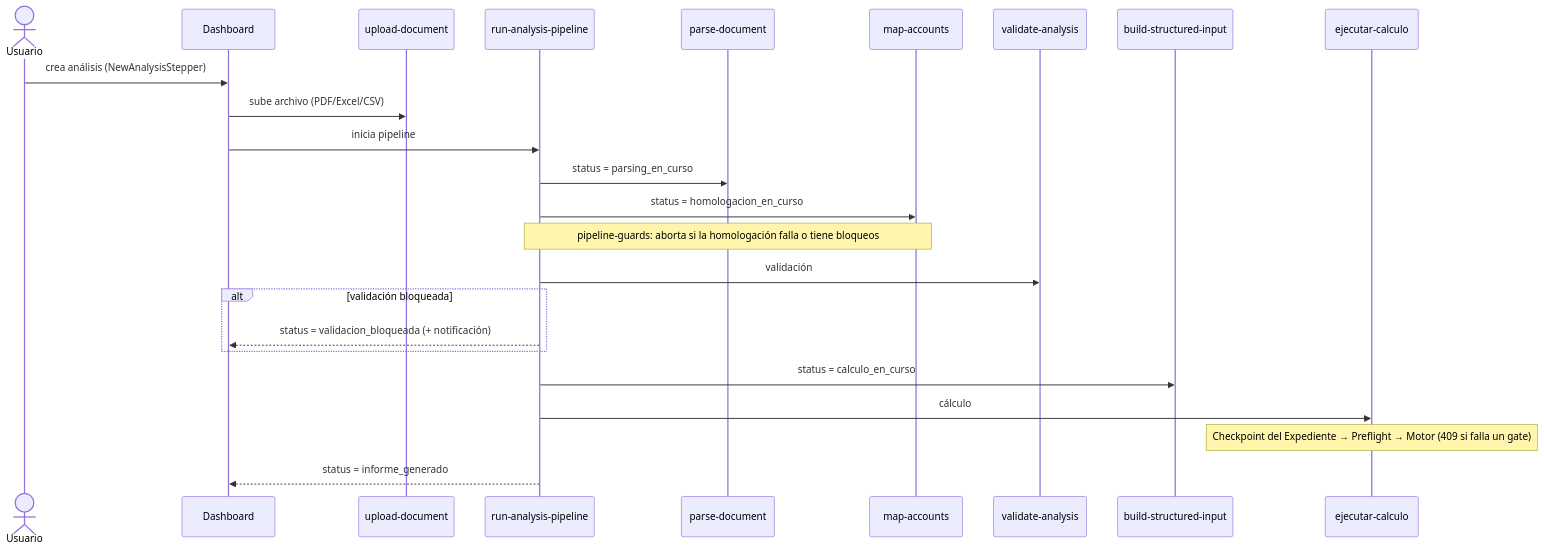
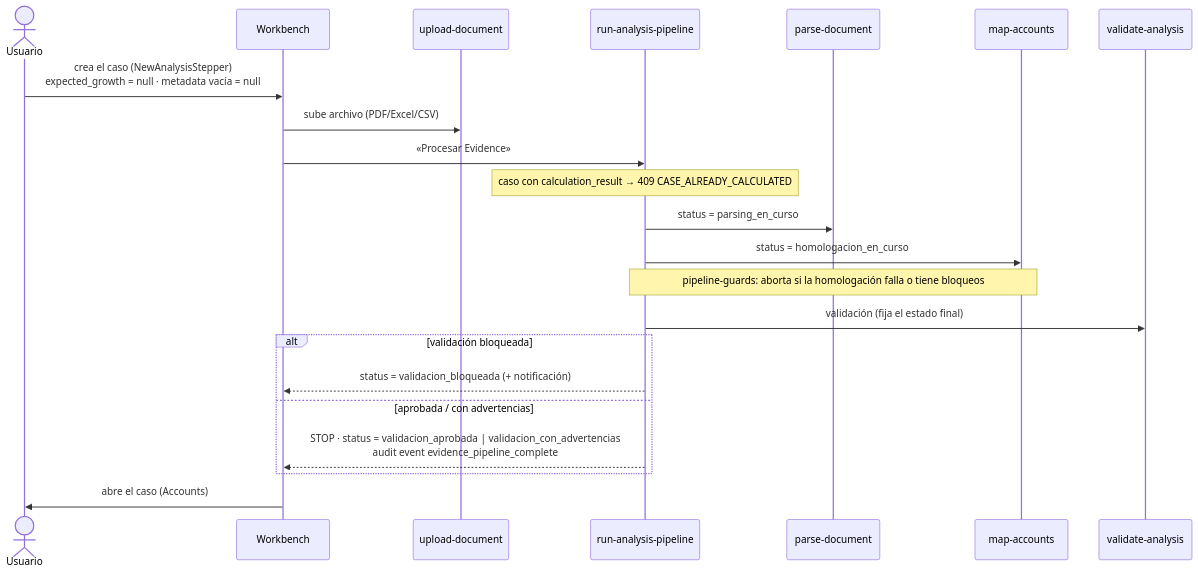
Before and after one commit to Paginas-Web-Henao/Velarix: the first of 3 diagrams in docs/04-flujos.md, drawn with Mermaid. The commit also changed other lines of this file and 26 other files, not shown here.

````diff
--- a/docs/04-flujos.md
+++ b/docs/04-flujos.md
@@ -15,26 +21,24 @@
 ```mermaid
 sequenceDiagram
   actor U as Usuario
-  participant FE as Dashboard
+  participant FE as Workbench
   participant UP as upload-document
   participant PL as run-analysis-pipeline
   participant PD as parse-document
   participant MA as map-accounts
   participant VA as validate-analysis
-  participant BS as build-structured-input
-  participant EC as ejecutar-calculo
-  U->>FE: crea análisis (NewAnalysisStepper)
+  U->>FE: crea el caso (NewAnalysisStepper)<br/>expected_growth = null · metadata vacía = null
   FE->>UP: sube archivo (PDF/Excel/CSV)
-  FE->>PL: inicia pipeline
+  FE->>PL: «Procesar Evidence»
+  Note over PL: caso con calculation_result → 409 CASE_ALREADY_CALCULATED
   PL->>PD: status = parsing_en_curso
   PL->>MA: status = homologacion_en_curso
   Note over PL,MA: pipeline-guards: aborta si la homologación falla o tiene bloqueos
-  PL->>VA: validación
+  PL->>VA: validación (fija el estado final)
   alt validación bloqueada
     PL-->>FE: status = validacion_bloqueada (+ notificación)
+  else aprobada / con advertencias
+    PL-->>FE: STOP · status = validacion_aprobada | validacion_con_advertencias<br/>audit event evidence_pipeline_complete
   end
-  PL->>BS: status = calculo_en_curso
-  PL->>EC: cálculo
-  Note over EC: Checkpoint del Expediente → Preflight → Motor (409 si falla un gate)
-  PL-->>FE: status = informe_generado
+  FE->>U: abre el caso (Accounts)
 ```
````
